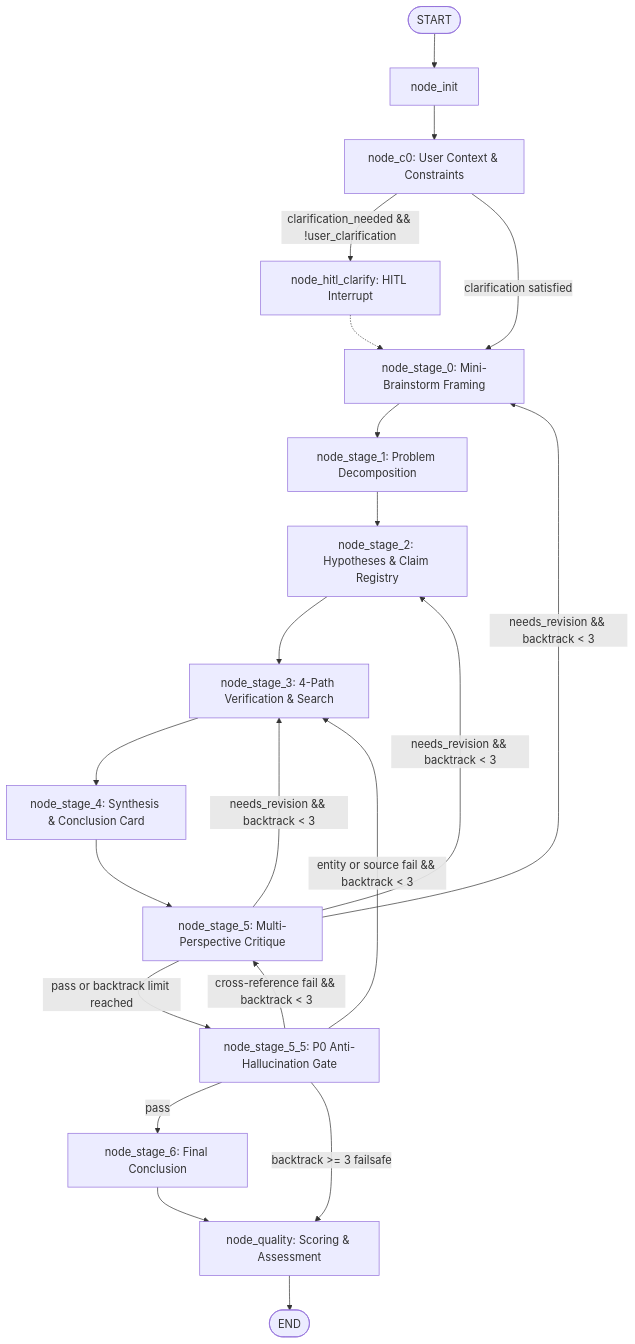
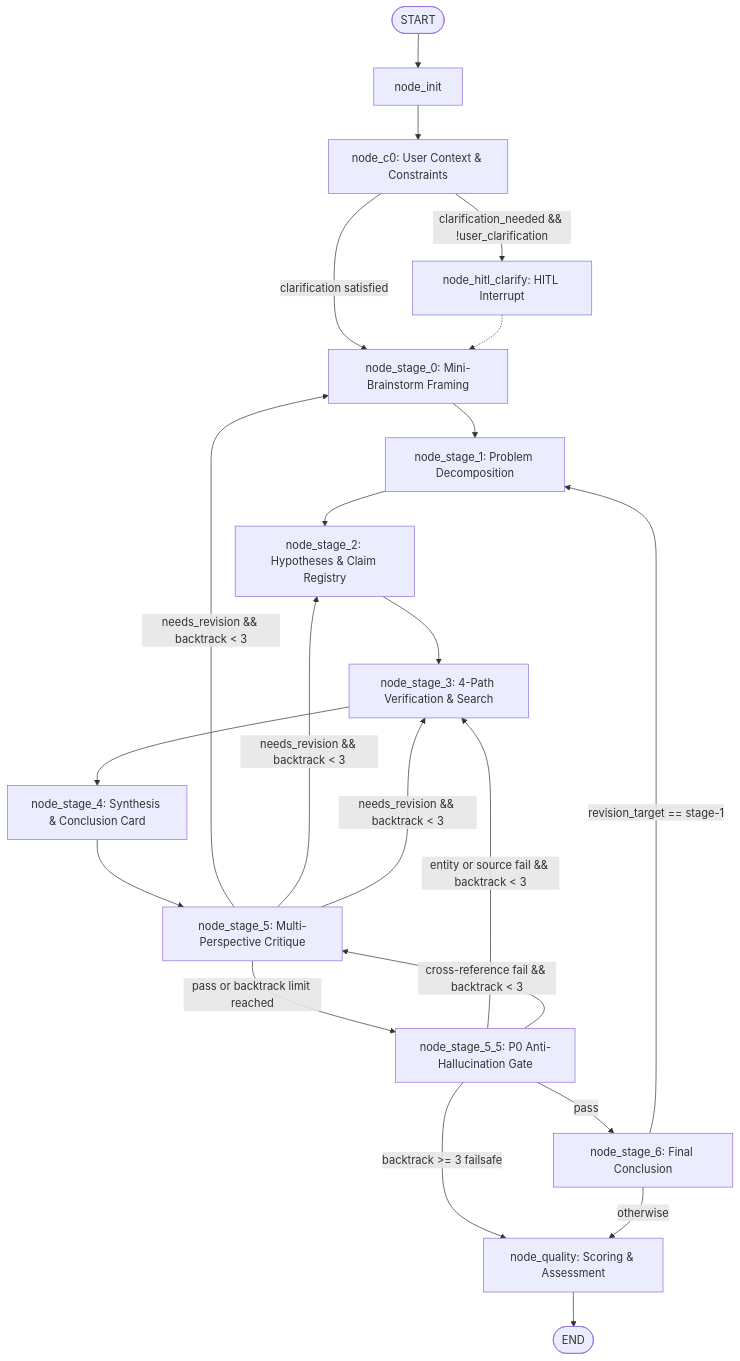
Before and after one commit to okokjai/claude-reasoning: the diagram in README.md, drawn with Mermaid. The commit also changed other lines of this file, not shown here.

Commit message:
docs: make Stage 6 conditional edge truthful in README topology diagram; document CR_REASONING_TOOL_MODULE

````diff
--- a/README.md
+++ b/README.md
@@ -75,30 +75,31 @@
 ```mermaid
 graph TD
     START([START]) --> node_init[node_init]
     node_init --> node_c0[node_c0: User Context & Constraints]
     
     node_c0 -->|clarification_needed && !user_clarification| node_hitl_clarify[node_hitl_clarify: HITL Interrupt]
     node_c0 -->|clarification satisfied| node_stage_0[node_stage_0: Mini-Brainstorm Framing]
     node_hitl_clarify -.-> node_stage_0
     
     node_stage_0 --> node_stage_1[node_stage_1: Problem Decomposition]
     node_stage_1 --> node_stage_2[node_stage_2: Hypotheses & Claim Registry]
     node_stage_2 --> node_stage_3[node_stage_3: 4-Path Verification & Search]
     node_stage_3 --> node_stage_4[node_stage_4: Synthesis & Conclusion Card]
     node_stage_4 --> node_stage_5[node_stage_5: Multi-Perspective Critique]
     
     %% Bounded Backtracking Edges
     node_stage_5 -->|needs_revision && backtrack < 3| node_stage_0
     node_stage_5 -->|needs_revision && backtrack < 3| node_stage_2
     node_stage_5 -->|needs_revision && backtrack < 3| node_stage_3
     node_stage_5 -->|pass or backtrack limit reached| node_stage_5_5[node_stage_5_5: P0 Anti-Hallucination Gate]
     
     %% Gate Failure Edges
     node_stage_5_5 -->|entity or source fail && backtrack < 3| node_stage_3
     node_stage_5_5 -->|cross-reference fail && backtrack < 3| node_stage_5
     node_stage_5_5 -->|pass| node_stage_6[node_stage_6: Final Conclusion]
     node_stage_5_5 -->|backtrack >= 3 failsafe| node_quality[node_quality: Scoring & Assessment]
     
-    node_stage_6 --> node_quality
+    node_stage_6 -->|revision_target == stage-1| node_stage_1
+    node_stage_6 -->|otherwise| node_quality
     node_quality --> END([END])
 ```
````
